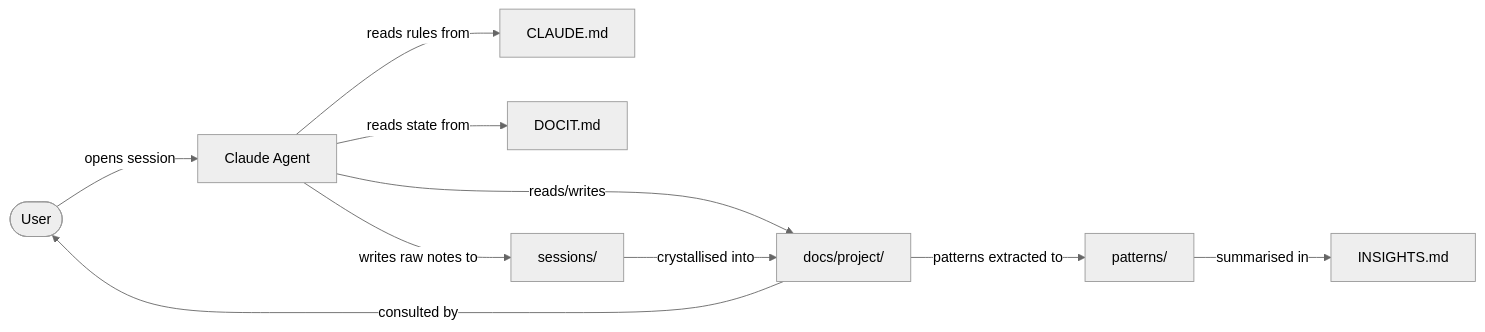
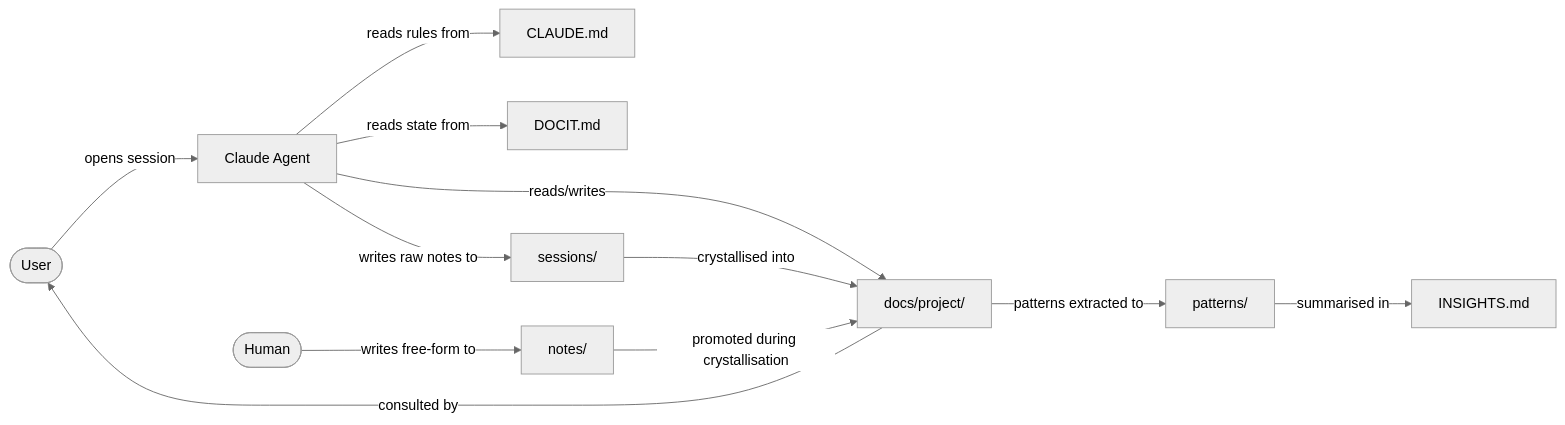
Before and after one commit to CathalByrneGit/DocIt: the first of 3 diagrams in docs/docit/index.md, drawn with Mermaid (neutral theme). The commit also changed other lines of this file and 4 other files, not shown here.

First line of the commit message:
Add human notes integration (Model C)

````diff
--- a/docs/docit/index.md
+++ b/docs/docit/index.md
@@ -59,12 +62,14 @@
 ```mermaid
 graph LR
   User([User]) -->|opens session| Agent[Claude Agent]
   Agent -->|reads rules from| CLAUDE[CLAUDE.md]
   Agent -->|reads state from| DOCIT[DOCIT.md]
   Agent -->|reads/writes| Docs[docs/project/]
   Agent -->|writes raw notes to| Sessions[sessions/]
+  Human([Human]) -->|writes free-form to| Notes[notes/]
   Sessions -->|crystallised into| Docs
+  Notes -->|promoted during crystallisation| Docs
   Docs -->|patterns extracted to| Patterns[patterns/]
   Patterns -->|summarised in| INSIGHTS[INSIGHTS.md]
   Docs -->|consulted by| User
 ```
````
